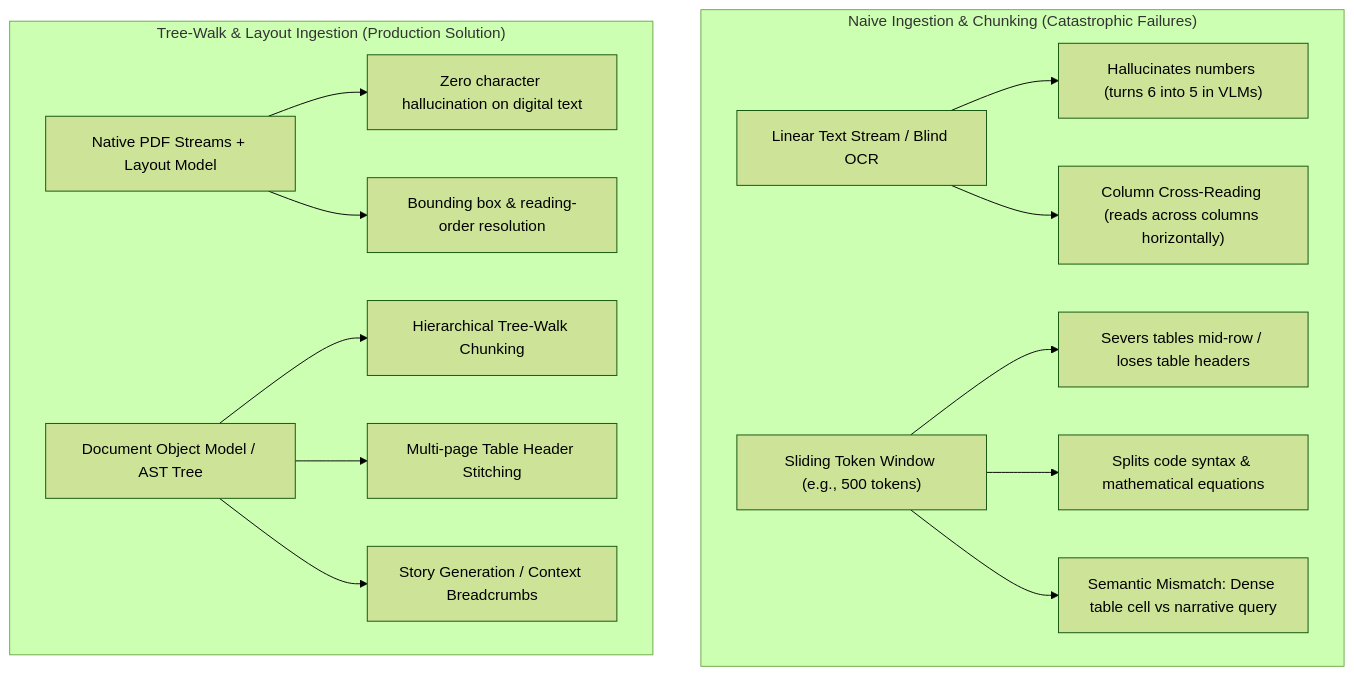
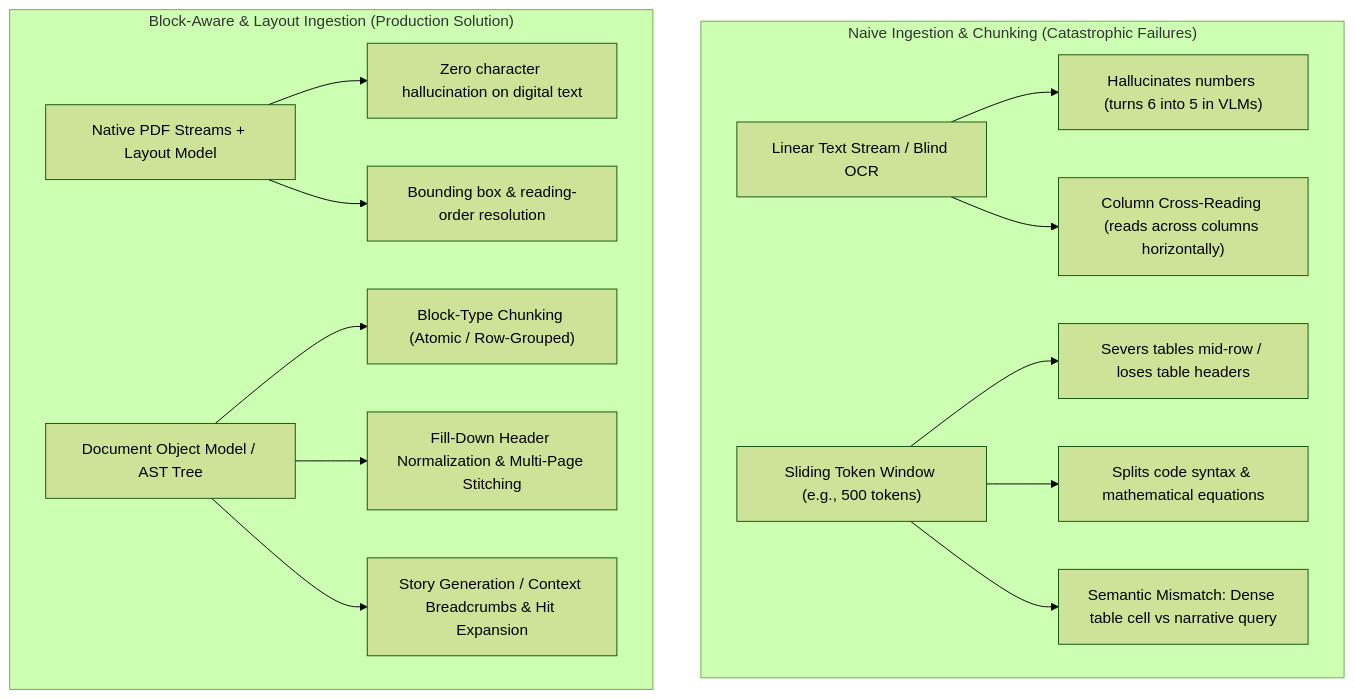
Before and after one commit to Souheil007/Rag_Full_Version: the first of 4 diagrams in plans/plan7.md, drawn with Mermaid (forest theme). The commit also changed other lines of this file, not shown here.

Commit message:
docs(plan7): update plan with block-type chunking, fill-down headers, and retrieval hit expansion

````diff
--- a/plans/plan7.md
+++ b/plans/plan7.md
@@ -12,18 +12,18 @@
 ```mermaid
 flowchart TD
     subgraph Naive ["Naive Ingestion & Chunking (Catastrophic Failures)"]
         N1["Linear Text Stream / Blind OCR"] --> N2["Hallucinates numbers (turns 6 into 5 in VLMs)"]
         N1 --> N3["Column Cross-Reading (reads across columns horizontally)"]
         N4["Sliding Token Window (e.g., 500 tokens)"] --> N5["Severs tables mid-row / loses table headers"]
         N4 --> N6["Splits code syntax & mathematical equations"]
         N4 --> N7["Semantic Mismatch: Dense table cell vs narrative query"]
     end
 
-    subgraph Structured ["Tree-Walk & Layout Ingestion (Production Solution)"]
+    subgraph Structured ["Block-Aware & Layout Ingestion (Production Solution)"]
         S1["Native PDF Streams + Layout Model"] --> S2["Zero character hallucination on digital text"]
         S1 --> S3["Bounding box & reading-order resolution"]
-        S4["Document Object Model / AST Tree"] --> S5["Hierarchical Tree-Walk Chunking"]
-        S4 --> S6["Multi-page Table Header Stitching"]
-        S4 --> S7["Story Generation / Context Breadcrumbs"]
+        S4["Document Object Model / AST Tree"] --> S5["Block-Type Chunking (Atomic / Row-Grouped)"]
+        S4 --> S6["Fill-Down Header Normalization & Multi-Page Stitching"]
+        S4 --> S7["Story Generation / Context Breadcrumbs & Hit Expansion"]
     end
 ```
````
